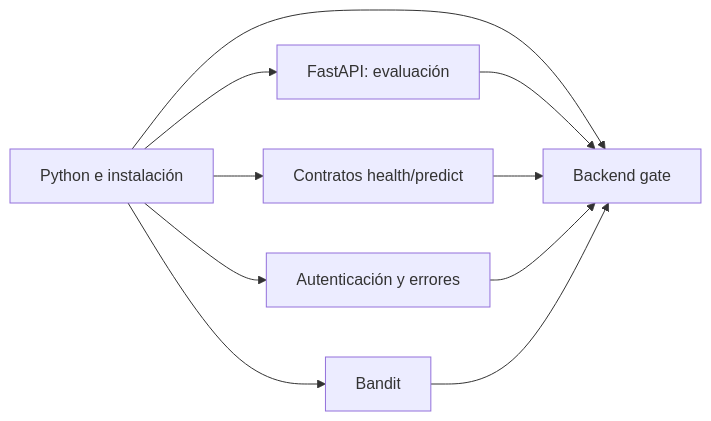
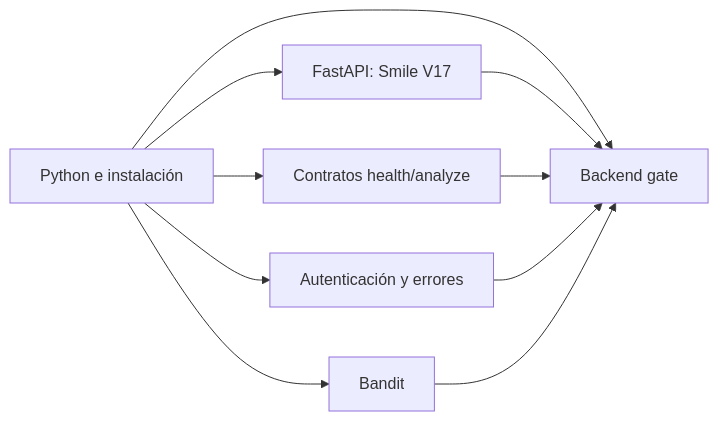
Before and after one commit to Jhanfranco07/DentaIA: the fourth of 6 diagrams in docs/DEVSECOPS_PIPELINES.md, drawn with Mermaid. The commit also changed other lines of this file and 4 other files, not shown here.

````diff
--- a/docs/DEVSECOPS_PIPELINES.md
+++ b/docs/DEVSECOPS_PIPELINES.md
@@ -70,12 +70,12 @@
 ```mermaid
 flowchart LR
-  A[Python e instalación] --> B[FastAPI: evaluación]
-  A --> C[Contratos health/predict]
+  A[Python e instalación] --> B[FastAPI: Smile V17]
+  A --> C[Contratos health/analyze]
   A --> D[Autenticación y errores]
   A --> E[Bandit]
   A --> F[Backend gate]
   B --> F
   C --> F
   D --> F
   E --> F
 ```
````
